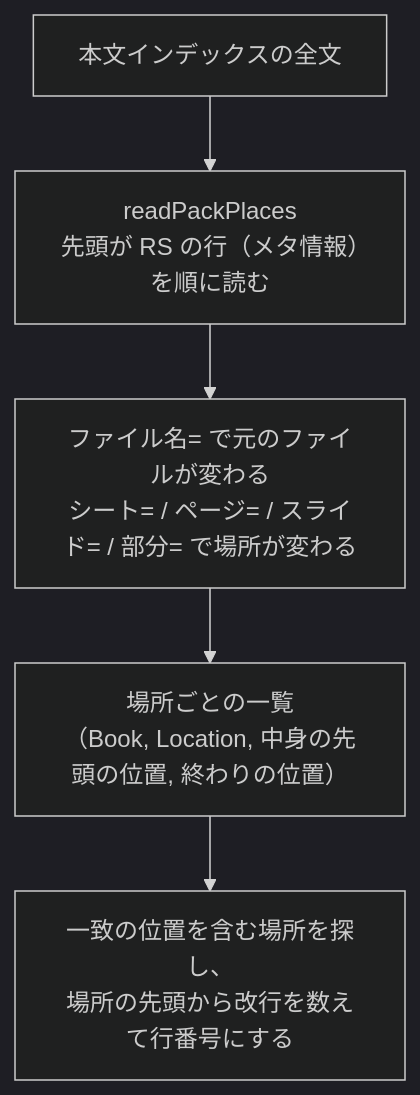
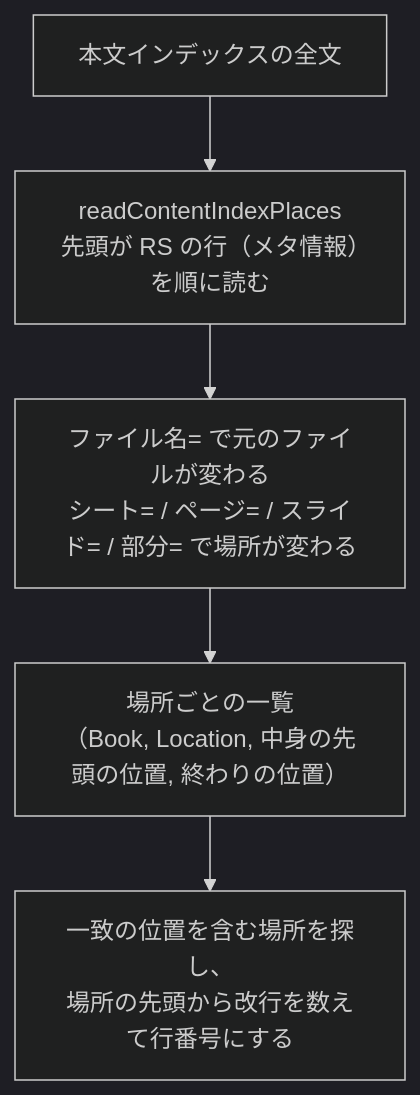
The second of 2 diagrams in docs/design/search/output.md (hsgwa/tebunko), drawn with Mermaid (dark theme) before and after one commit. The commit also changed other lines of this file and 81 other files, not shown here.

First line of the commit message:
refactor: 集約ファイル（pack）のコードの名前を本文インデックス（contentIndex）に改める (#185)

````diff
--- a/docs/design/search/output.md
+++ b/docs/design/search/output.md
@@ -81,7 +81,7 @@
 ```mermaid
 flowchart TD
-    A["本文インデックスの全文"] --> B["readPackPlaces<br>先頭が RS の行（メタ情報）を順に読む"]
+    A["本文インデックスの全文"] --> B["readContentIndexPlaces<br>先頭が RS の行（メタ情報）を順に読む"]
     B --> C["ファイル名= で元のファイルが変わる<br>シート= / ページ= / スライド= / 部分= で場所が変わる"]
     C --> D["場所ごとの一覧<br>（Book, Location, 中身の先頭の位置, 終わりの位置）"]
     D --> E["一致の位置を含む場所を探し、<br>場所の先頭から改行を数えて行番号にする"]
 ```
````
